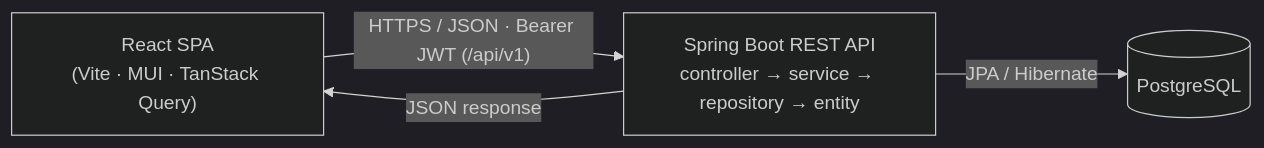
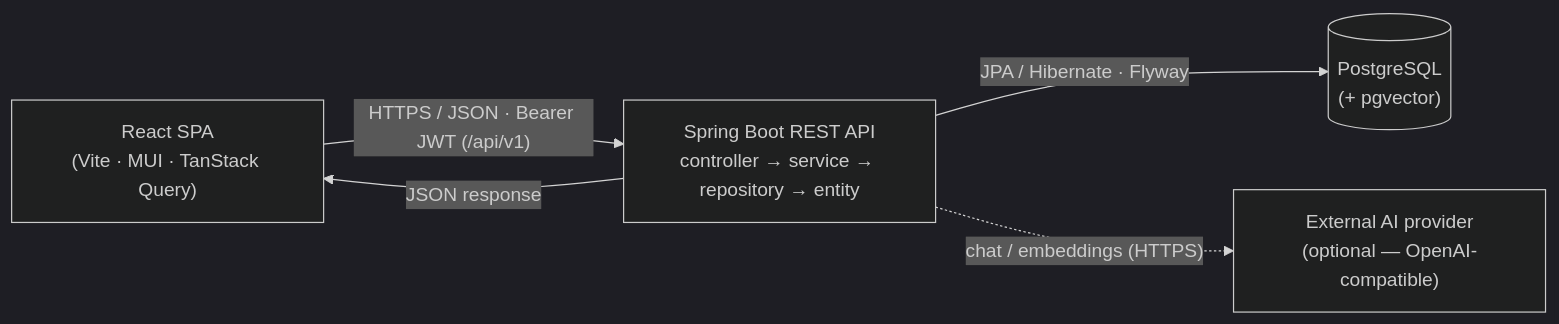
Before and after one commit to Miniks040506/SWP391-SEAL-Software-Engineering-Hackathon-Management-System: the second of 5 diagrams in README.md, drawn with Mermaid (dark theme). The commit also changed other lines of this file and 1 other file, not shown here.

````diff
--- a/README.md
+++ b/README.md
@@ -174,10 +229,12 @@
 ```mermaid
 flowchart LR
     SPA["React SPA<br/>(Vite · MUI · TanStack Query)"]
     API["Spring Boot REST API<br/>controller → service → repository → entity"]
-    DB[("PostgreSQL")]
+    DB[("PostgreSQL<br/>(+ pgvector)")]
+    LLM["External AI provider<br/>(optional — OpenAI-compatible)"]
 
     SPA -- "HTTPS / JSON · Bearer JWT (/api/v1)" --> API
     API -- "JSON response" --> SPA
-    API -- "JPA / Hibernate" --> DB
+    API -- "JPA / Hibernate · Flyway" --> DB
+    API -. "chat / embeddings (HTTPS)" .-> LLM
 ```
````
